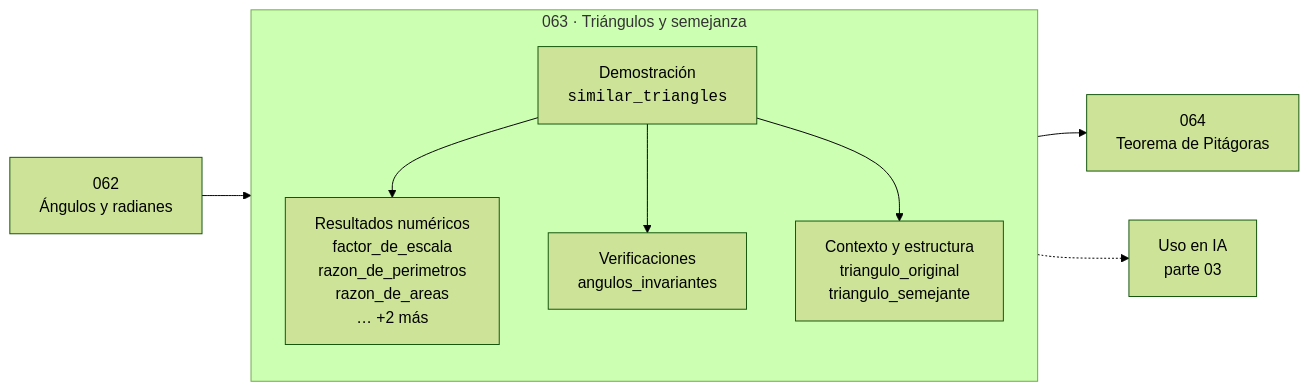
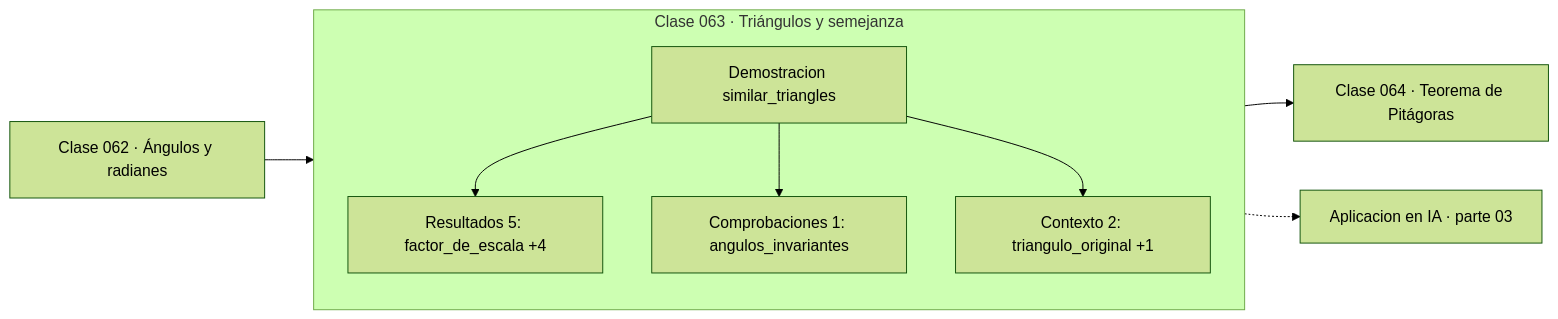
Before and after one commit to vladimiracunadev-create/computational-mathematics-program: the diagram in classes/part-03-geometria-trigonometria-y-geometria-analitica/063-triangulos-y-semejanza/README.md, drawn with Mermaid (forest theme). The commit also changed 389 other files, not shown here.

First line of the commit message:
fix(diagramas): elimina el HTML de las etiquetas Mermaid

````diff
--- a/classes/part-03-geometria-trigonometria-y-geometria-analitica/063-triangulos-y-semejanza/README.md
+++ b/classes/part-03-geometria-trigonometria-y-geometria-analitica/063-triangulos-y-semejanza/README.md
@@ -36,12 +36,13 @@
 ```mermaid
 flowchart LR
-    P["062<br/>Ángulos y radianes"] --> C
-    subgraph C["063 · Triángulos y semejanza"]
+    P["Clase 062 · Ángulos y radianes"] --> D
+    subgraph CLASE["Clase 063 · Triángulos y semejanza"]
         direction TB
-        D["Demostración<br/><code>similar_triangles</code>"] --> R["Resultados numéricos<br/>factor_de_escala<br/>razon_de_perimetros<br/>razon_de_areas<br/>… +2 más"]
-        D --> V["Verificaciones<br/>angulos_invariantes"]
-        D --> O["Contexto y estructura<br/>triangulo_original<br/>triangulo_semejante"]
+        D["Demostracion similar_triangles"]
+        D --> R["Resultados 5: factor_de_escala +4"]
+        D --> V["Comprobaciones 1: angulos_invariantes"]
+        D --> O["Contexto 2: triangulo_original +1"]
     end
-    C --> N["064<br/>Teorema de Pitágoras"]
-    C -.-> IA["Uso en IA<br/>parte 03"]
+    R --> N["Clase 064 · Teorema de Pitágoras"]
+    V -.-> IA["Aplicacion en IA · parte 03"]
 ```
````
